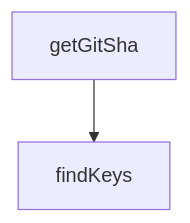
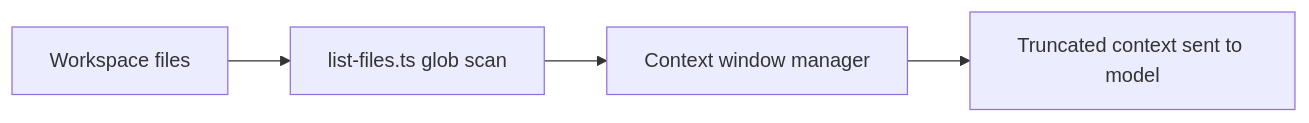
The second of 2 diagrams in tutorials/roo-code-tutorial/04-context-and-indexing.md (johnxie/awesome-code-docs), drawn with Mermaid before and after one commit. The commit also changed other lines of this file and 1232 other files, not shown here.

````diff
--- a/tutorials/roo-code-tutorial/04-context-and-indexing.md
+++ b/tutorials/roo-code-tutorial/04-context-and-indexing.md
@@ -194,6 +119,6 @@
 ```mermaid
-flowchart TD
-    A[getGitSha]
-    B[findKeys]
-    A --> B
+flowchart LR
+    A[Workspace files] --> B[list-files.ts glob scan]
+    B --> C[Context window manager]
+    C --> D[Truncated context sent to model]
 ```
````
